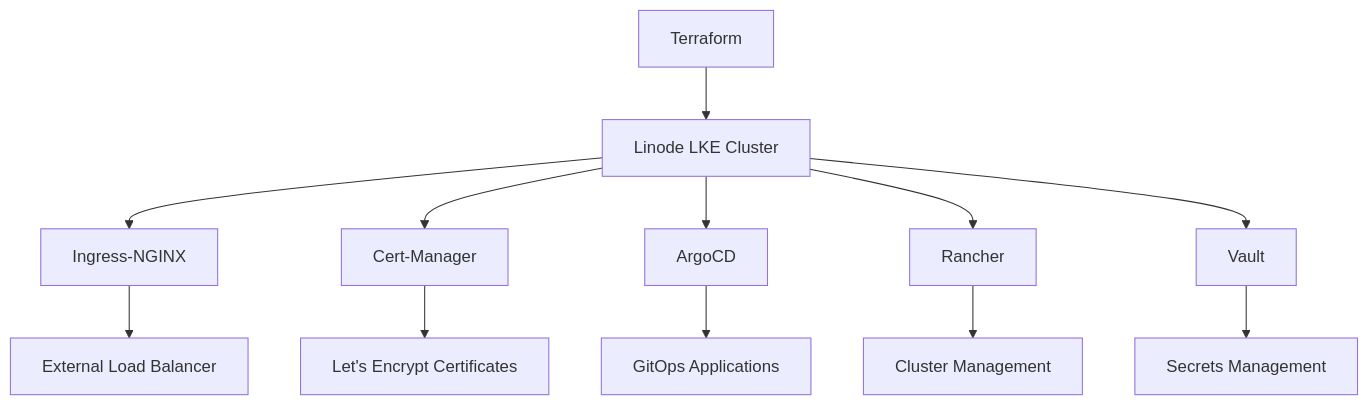
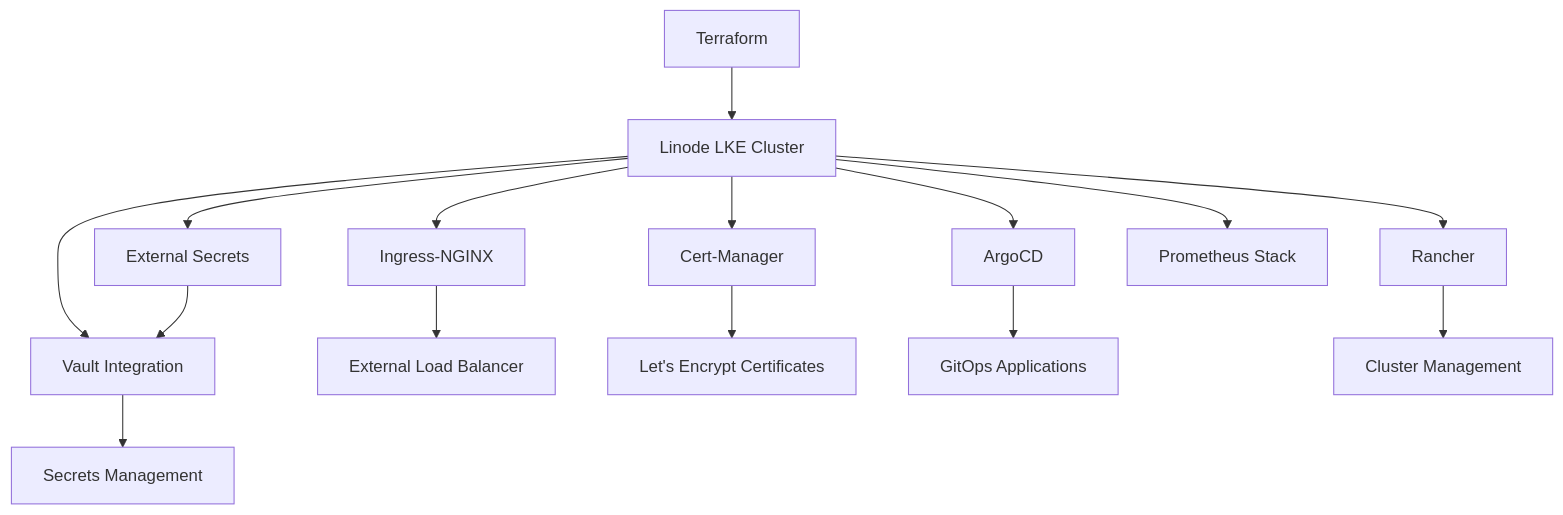
One commit to degree-0/k8-6d-mgt-cluster changed the diagram in README.md. Above: the diagram before and after it, drawn with Mermaid. The commit also changed other lines of this file and 3 other files, not shown here.

````diff
--- a/README.md
+++ b/README.md
@@ -15,14 +15,17 @@
 ```mermaid
 graph TD
     A[Terraform] --> B[Linode LKE Cluster]
     B --> C[Ingress-NGINX]
     B --> D[Cert-Manager]
     B --> E[ArgoCD]
     B --> F[Rancher]
     B --> G[Vault]
-    C --> H[External Load Balancer]
-    D --> I[Let's Encrypt Certificates]
-    E --> J[GitOps Applications]
-    F --> K[Cluster Management]
-    G --> L[Secrets Management]
+    B --> H[External Secrets]
+    B --> I[Prometheus Stack]
+    C --> J[External Load Balancer]
+    D --> K[Let's Encrypt Certificates]
+    E --> L[GitOps Applications]
+    F --> M[Cluster Management]
+    G --> N[Secrets Management]
+    H --> G[Vault Integration]
 ```
````
